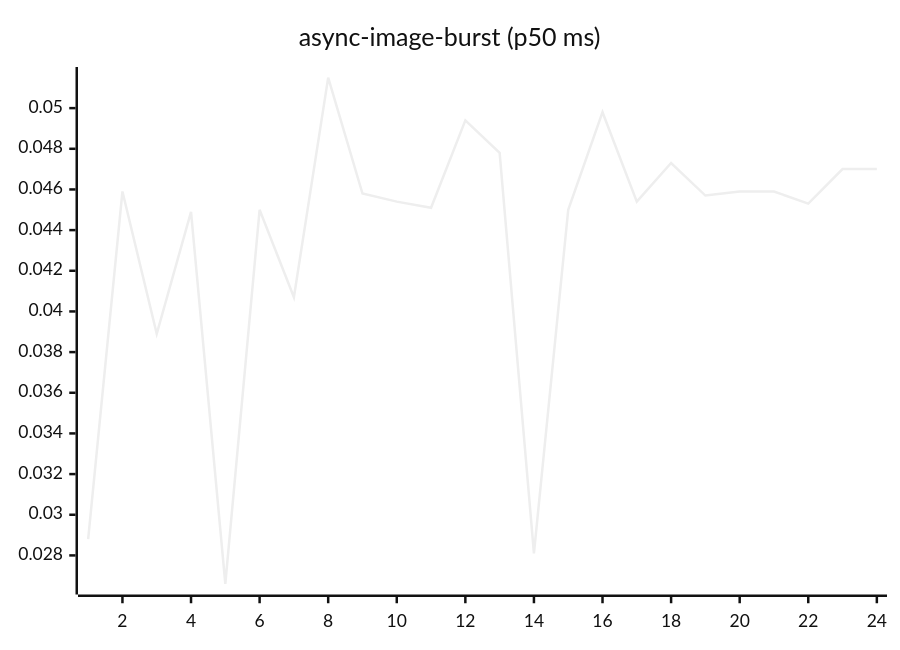
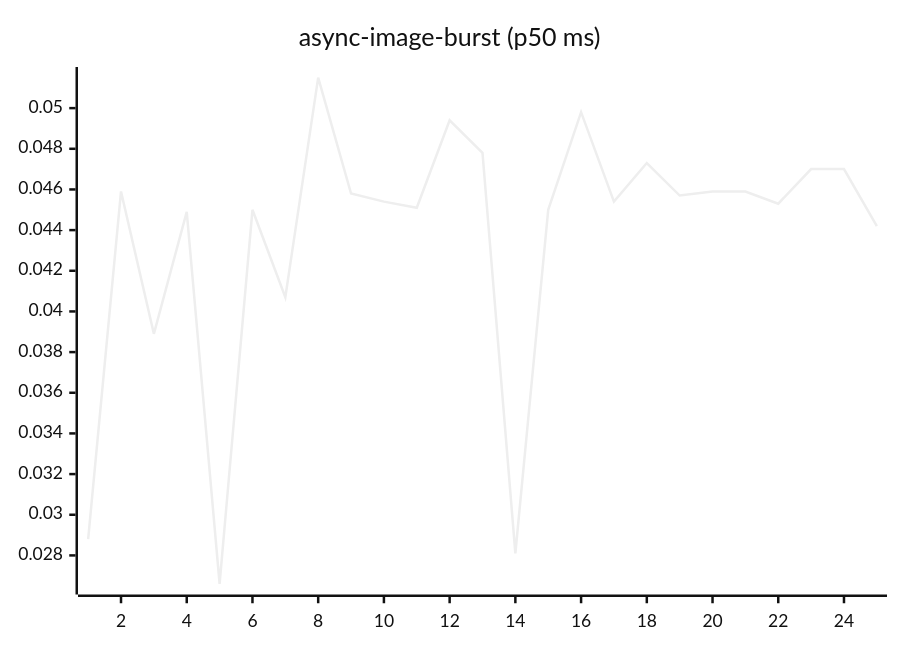
Before and after one commit to josha/Facet: the fourth of 27 diagrams in README.md, drawn with Mermaid (neutral theme). The commit also changed other lines of this file and 2 other files, not shown here.

````diff
--- a/README.md
+++ b/README.md
@@ -84,6 +84,6 @@
 ```mermaid
 xychart-beta
     title "async-image-burst (p50 ms)"
-    x-axis 1 --> 24
-    line [0.0288, 0.0459, 0.0389, 0.0449, 0.0266, 0.0450, 0.0407, 0.0515, 0.0458, 0.0454, 0.0451, 0.0494, 0.0478, 0.0281, 0.0450, 0.0498, 0.0454, 0.0473, 0.0457, 0.0459, 0.0459, 0.0453, 0.0470, 0.0470]
+    x-axis 1 --> 25
+    line [0.0288, 0.0459, 0.0389, 0.0449, 0.0266, 0.0450, 0.0407, 0.0515, 0.0458, 0.0454, 0.0451, 0.0494, 0.0478, 0.0281, 0.0450, 0.0498, 0.0454, 0.0473, 0.0457, 0.0459, 0.0459, 0.0453, 0.0470, 0.0470, 0.0442]
 ```
````
